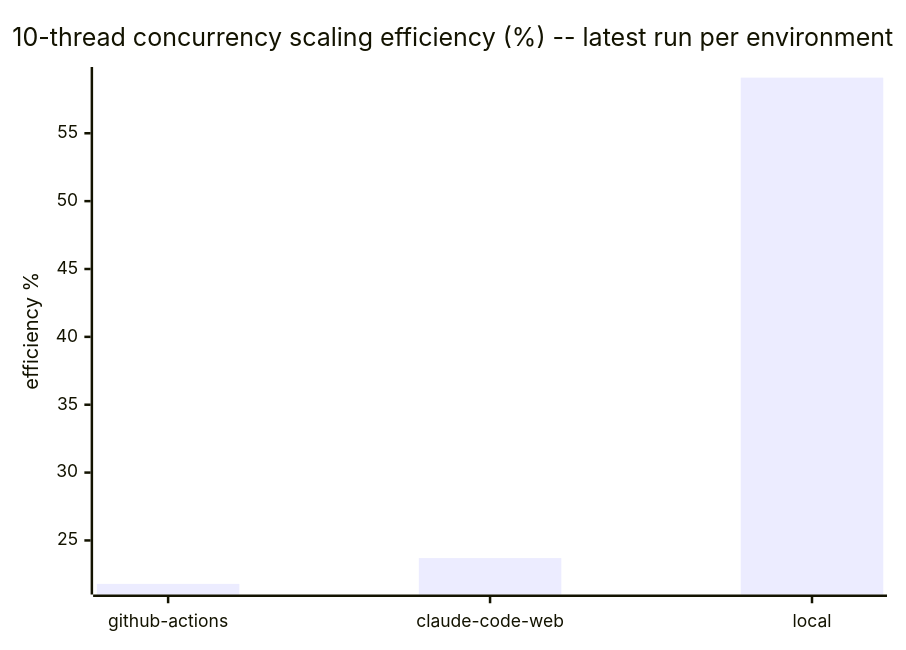
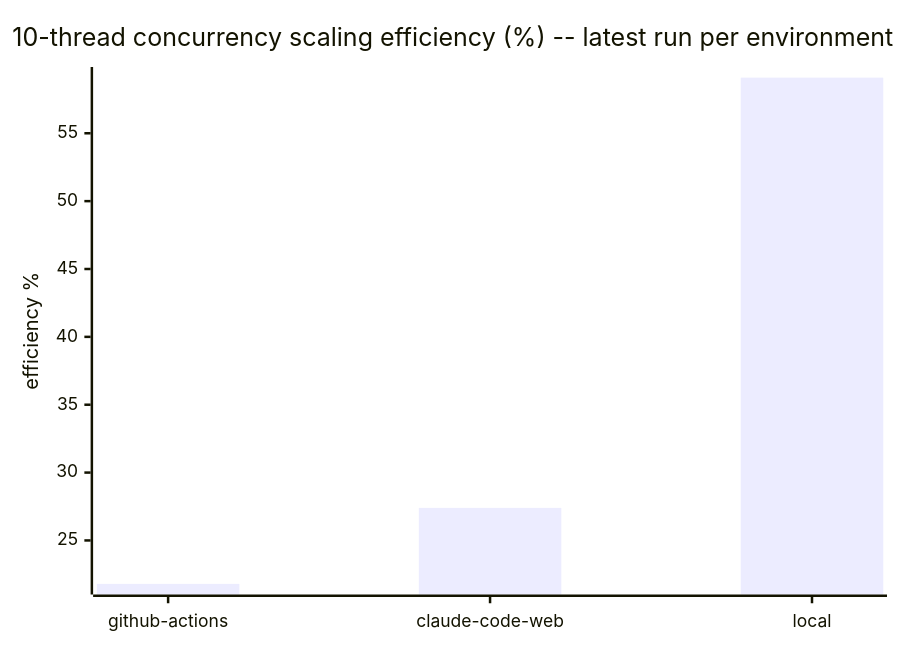
The fifth of 5 diagrams in docs/benchmarks/README.md (cpb/duckling), drawn with Mermaid before and after one commit. The commit also changed other lines of this file and 1 other file, not shown here.

````diff
--- a/docs/benchmarks/README.md
+++ b/docs/benchmarks/README.md
@@ -143,7 +143,7 @@
 ```mermaid
 xychart-beta
     title "10-thread concurrency scaling efficiency (%) -- latest run per environment"
     x-axis [github-actions, claude-code-web, local]
     y-axis "efficiency %"
-    bar "efficiency_pct" [21.8, 23.7, 59.1]
+    bar "efficiency_pct" [21.8, 27.4, 59.1]
 ```
````
